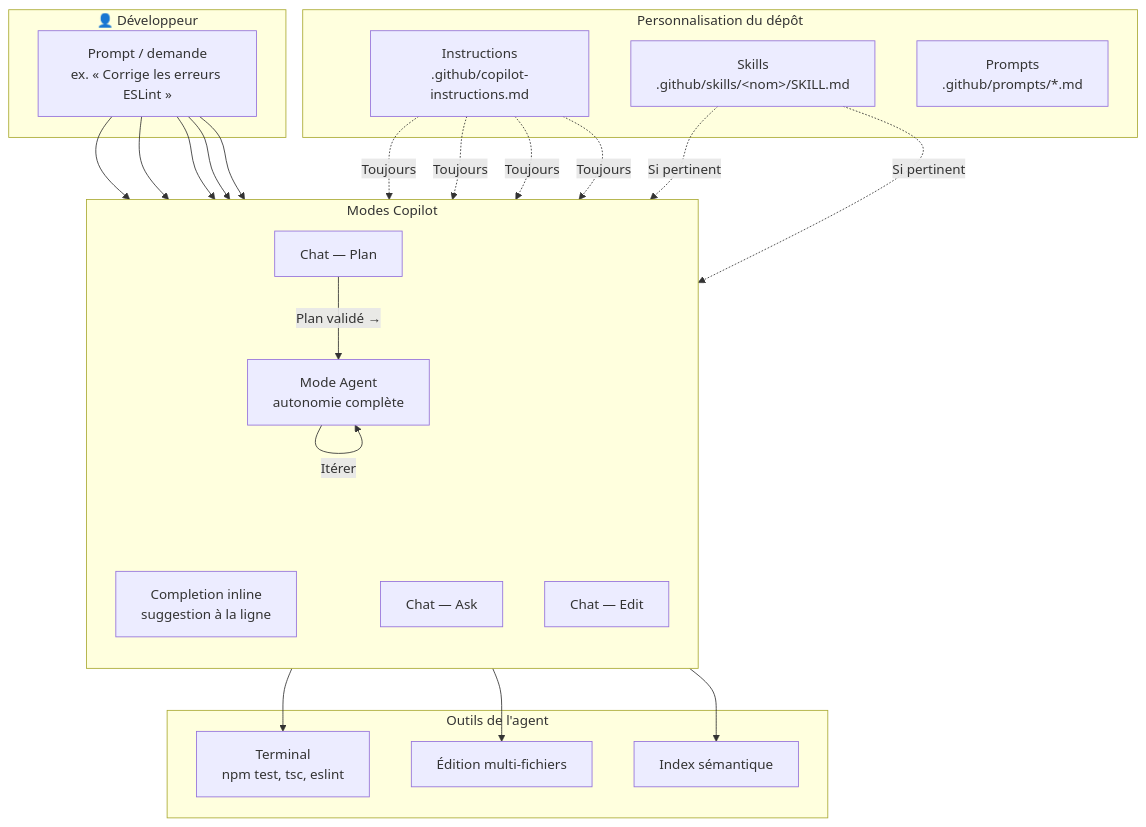
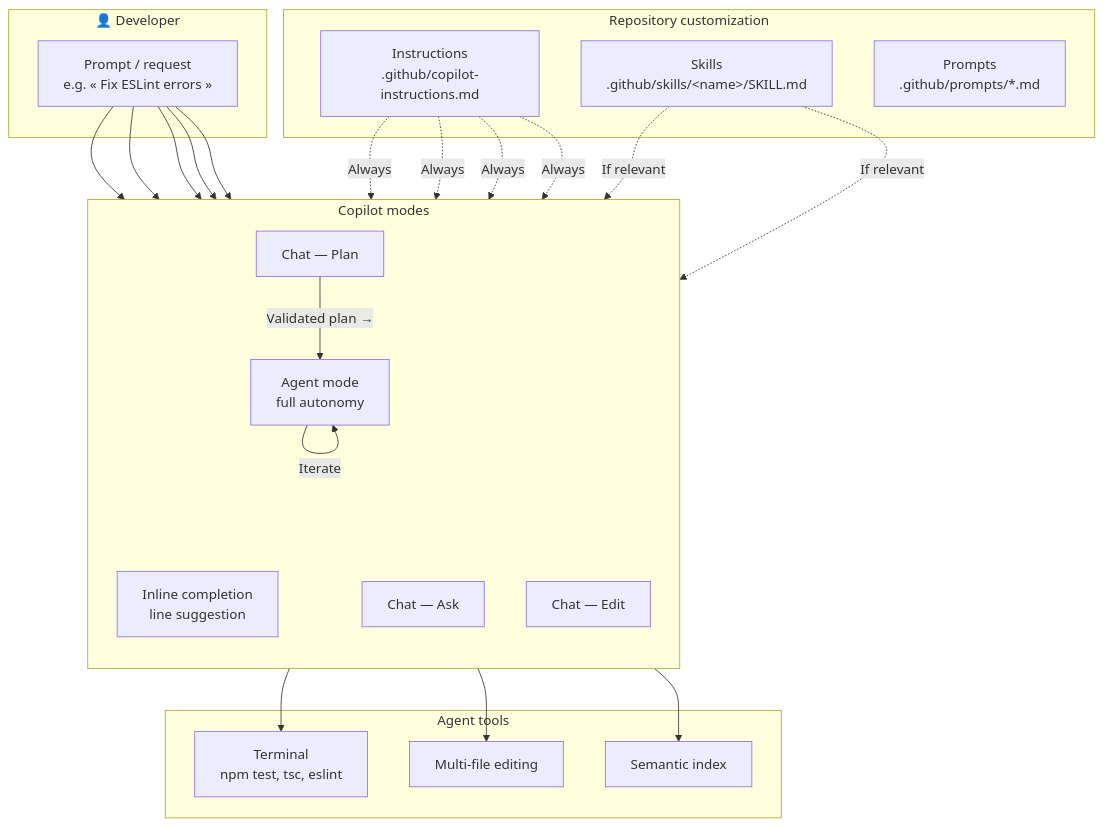
One commit to RDFormations/GH_Copilot_TS changed the diagram in Cours.md. Above: the diagram before and after it, drawn with Mermaid. The commit also changed other lines of this file and 13 other files, not shown here.

````diff
--- a/Cours.md
+++ b/Cours.md
@@ -567,48 +567,48 @@
 ```mermaid
 flowchart TB
-    subgraph Dev["👤 Développeur"]
-        Q["Prompt / demande<br/>ex. « Corrige les erreurs ESLint »"]
+    subgraph Dev["👤 Developer"]
+        Q["Prompt / request<br/>e.g. « Fix ESLint errors »"]
     end
 
-    subgraph Modes["Modes Copilot"]
+    subgraph Modes["Copilot modes"]
         direction TB
-        Inline["Completion inline<br/>suggestion à la ligne"]
+        Inline["Inline completion<br/>line suggestion"]
         Ask["Chat — Ask"]
         Edit["Chat — Edit"]
         Plan["Chat — Plan"]
-        Agent["Mode Agent<br/>autonomie complète"]
+        Agent["Agent mode<br/>full autonomy"]
     end
 
-    subgraph Perso["Personnalisation du dépôt"]
+    subgraph Perso["Repository customization"]
         Inst["Instructions<br/>.github/copilot-instructions.md"]
-        Skill["Skills<br/>.github/skills/&lt;nom&gt;/SKILL.md"]
+        Skill["Skills<br/>.github/skills/&lt;name&gt;/SKILL.md"]
         PromptF["Prompts<br/>.github/prompts/*.md"]
     end
 
-    subgraph Outils["Outils de l'agent"]
+    subgraph Outils["Agent tools"]
         Term["Terminal<br/>npm test, tsc, eslint"]
-        Files["Édition multi-fichiers"]
-        Search["Index sémantique"]
+        Files["Multi-file editing"]
+        Search["Semantic index"]
     end
 
     Q --> Inline
     Q --> Ask
     Q --> Edit
     Q --> Plan
     Q --> Agent
 
-    Inst -.->|"Toujours"| Inline
-    Inst -.->|"Toujours"| Ask
-    Inst -.->|"Toujours"| Edit
-    Inst -.->|"Toujours"| Agent
+    Inst -.->|"Always"| Inline
+    Inst -.->|"Always"| Ask
+    Inst -.->|"Always"| Edit
+    Inst -.->|"Always"| Agent
 
-    Skill -.->|"Si pertinent"| Agent
-    Skill -.->|"Si pertinent"| Ask
+    Skill -.->|"If relevant"| Agent
+    Skill -.->|"If relevant"| Ask
 
     Agent --> Term
     Agent --> Files
     Agent --> Search
-    Agent -->|"Itérer"| Agent
+    Agent -->|"Iterate"| Agent
 
-    Plan -->|"Plan validé →"| Agent
+    Plan -->|"Validated plan →"| Agent
 ```
````
